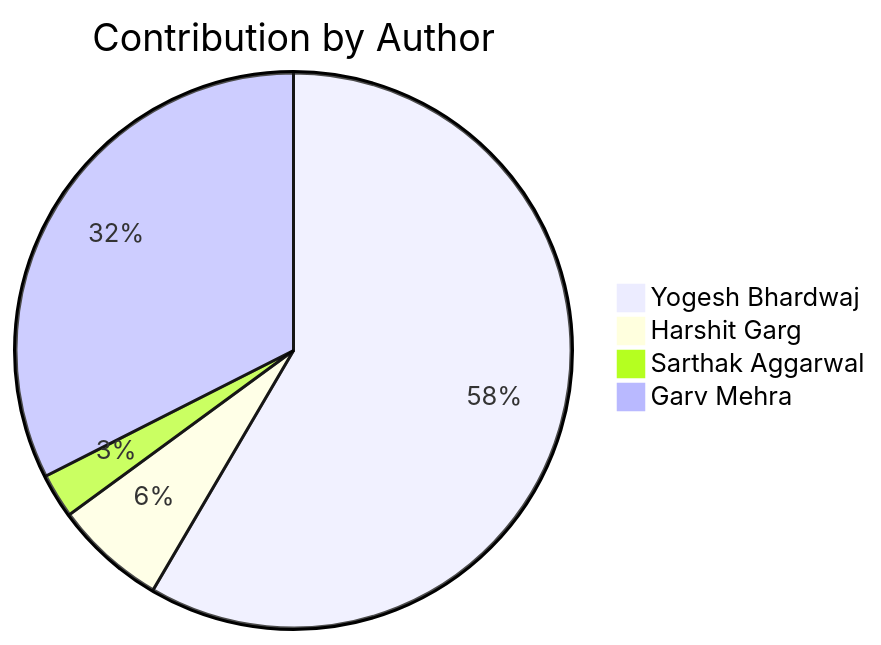
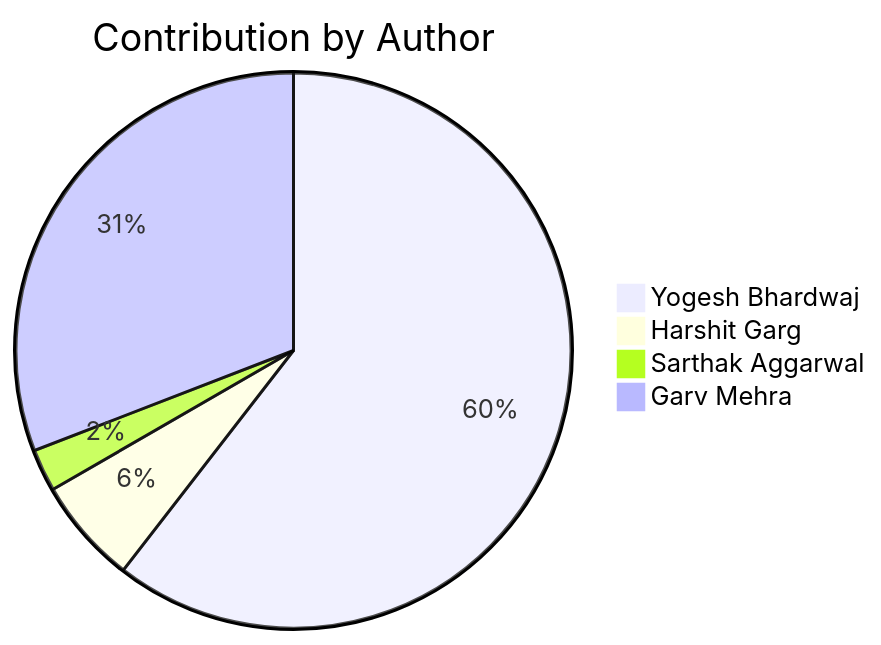
The diagram in README.md (Yogesh-Bhardwaj-hue/Scm-Final_2.0), drawn with Mermaid before and after one commit. The commit also changed other lines of this file, not shown here.

Commit message:
Update contribution charts

````diff
--- a/README.md
+++ b/README.md
@@ -161,7 +161,7 @@
 ```mermaid
 pie title Contribution by Author
-    "Yogesh Bhardwaj": 45
+    "Yogesh Bhardwaj": 49
     "Harshit Garg": 5
     "Sarthak Aggarwal": 2
     "Garv Mehra": 25
 ```
````
